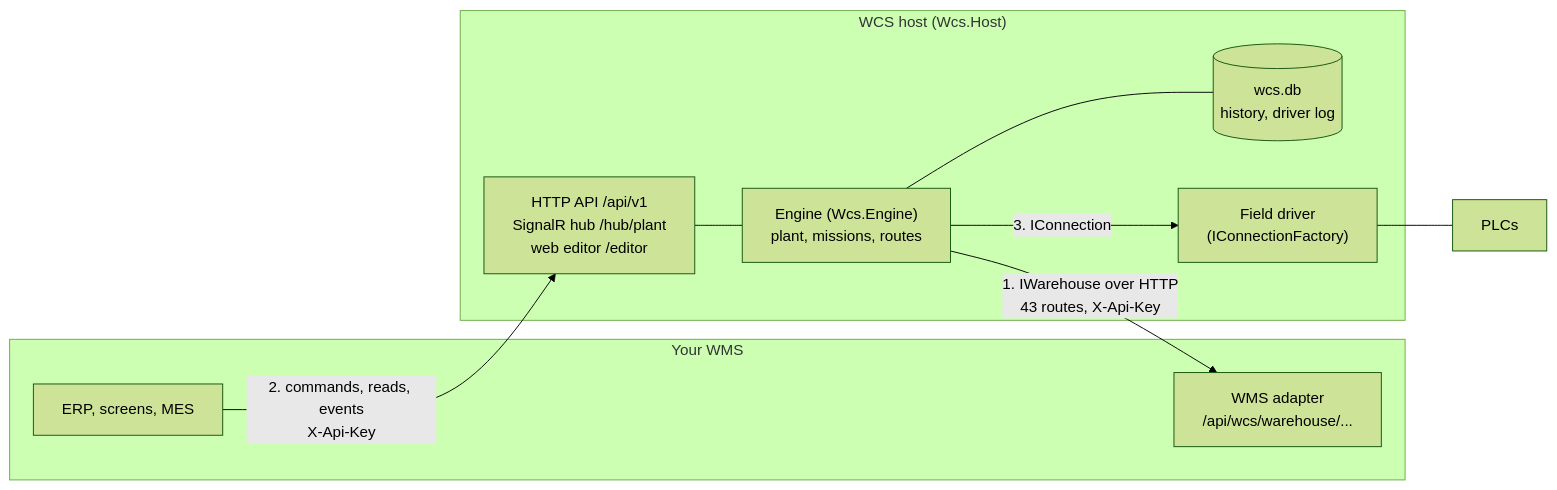
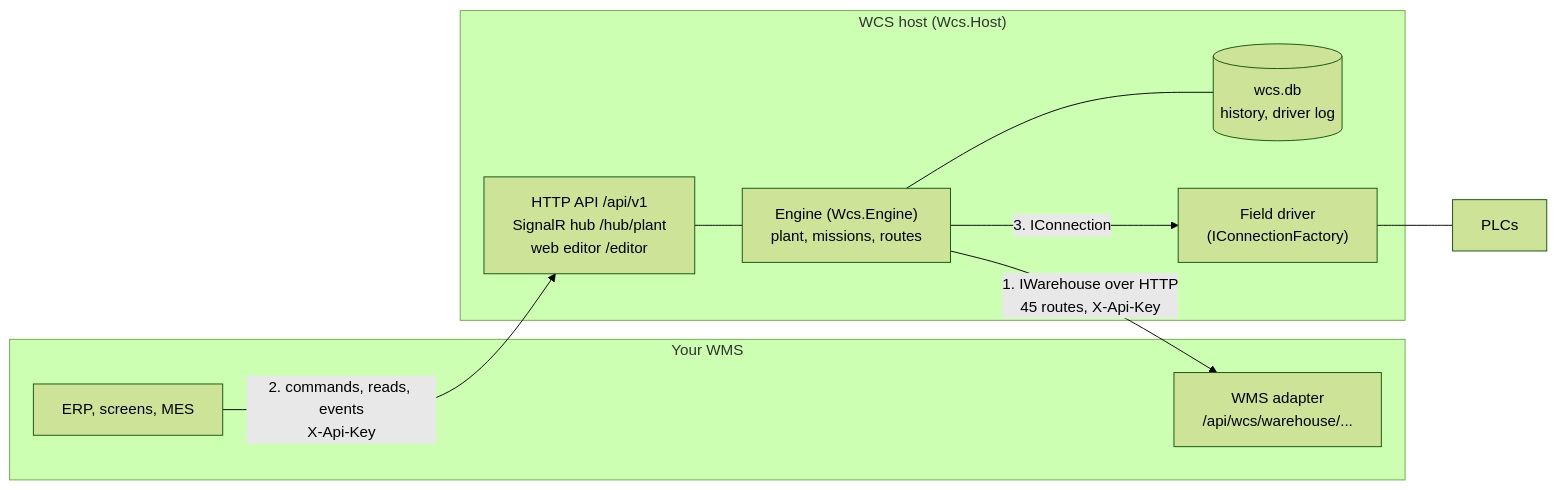
The first of 3 diagrams in docs/integration/overview-and-boundary.md (Sun-Tech-Software/WCS), drawn with Mermaid (forest theme) before and after one commit. The commit also changed 38 other files, not shown here.

````diff
--- a/docs/integration/overview-and-boundary.md
+++ b/docs/integration/overview-and-boundary.md
@@ -30,20 +30,20 @@
 ```mermaid
 flowchart LR
     subgraph wms["Your WMS"]
         adapter["WMS adapter<br/>/api/wcs/warehouse/..."]
         ui["ERP, screens, MES"]
     end
     subgraph wcs["WCS host (Wcs.Host)"]
         api["HTTP API /api/v1<br/>SignalR hub /hub/plant<br/>web editor /editor"]
         engine["Engine (Wcs.Engine)<br/>plant, missions, routes"]
         db[("wcs.db<br/>history, driver log")]
         driver["Field driver<br/>(IConnectionFactory)"]
     end
     plc["PLCs"]
-    engine -- "1. IWarehouse over HTTP<br/>43 routes, X-Api-Key" --> adapter
+    engine -- "1. IWarehouse over HTTP<br/>45 routes, X-Api-Key" --> adapter
     ui -- "2. commands, reads, events<br/>X-Api-Key" --> api
     api --- engine
     engine --- db
     engine -- "3. IConnection" --> driver
     driver --- plc
 ```
````
